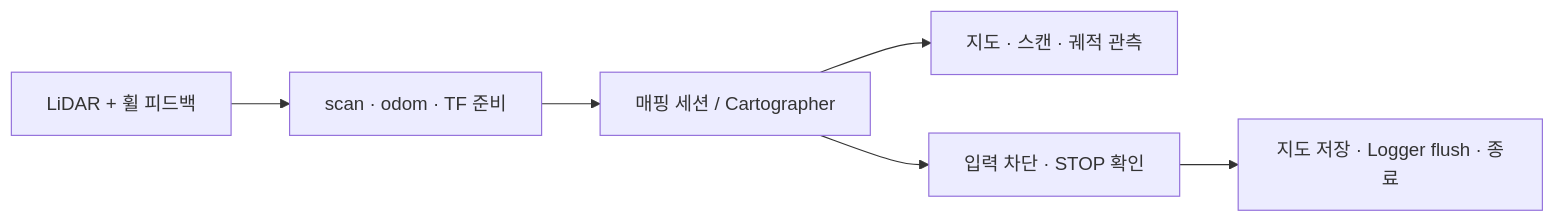
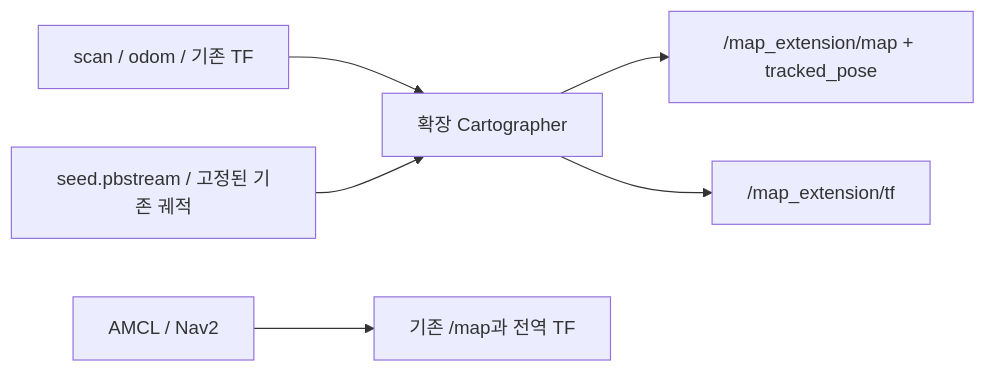
One commit to asm17-moving-agent/cleany changed the diagram in docs/how-to/mapping.md. Above: the diagram before and after it, drawn with Mermaid. The commit also changed other lines of this file and 74 other files, not shown here.

Commit message:
docs: restructure implementation references around diagrams and tables

````diff
--- a/docs/how-to/mapping.md
+++ b/docs/how-to/mapping.md
@@ -5,8 +107,8 @@
 ```mermaid
 flowchart LR
-  Sensors["LiDAR + 휠 피드백"] --> Ready["scan · odom · TF 준비"]
-  Ready --> Session["매핑 세션 / Cartographer"]
-  Session --> View["지도 · 스캔 · 궤적 관측"]
-  Session --> Stop["입력 차단 · STOP 확인"]
-  Stop --> Save["지도 저장 · Logger flush · 종료"]
+  Scan["scan / odom / 기존 TF"] --> Extension["확장 Cartographer"]
+  Seed["seed.pbstream / 고정된 기존 궤적"] --> Extension
+  Extension --> Map["/map_extension/map + tracked_pose"]
+  Extension --> TF["/map_extension/tf"]
+  Existing["AMCL / Nav2"] --> Global["기존 /map과 전역 TF"]
 ```
````
